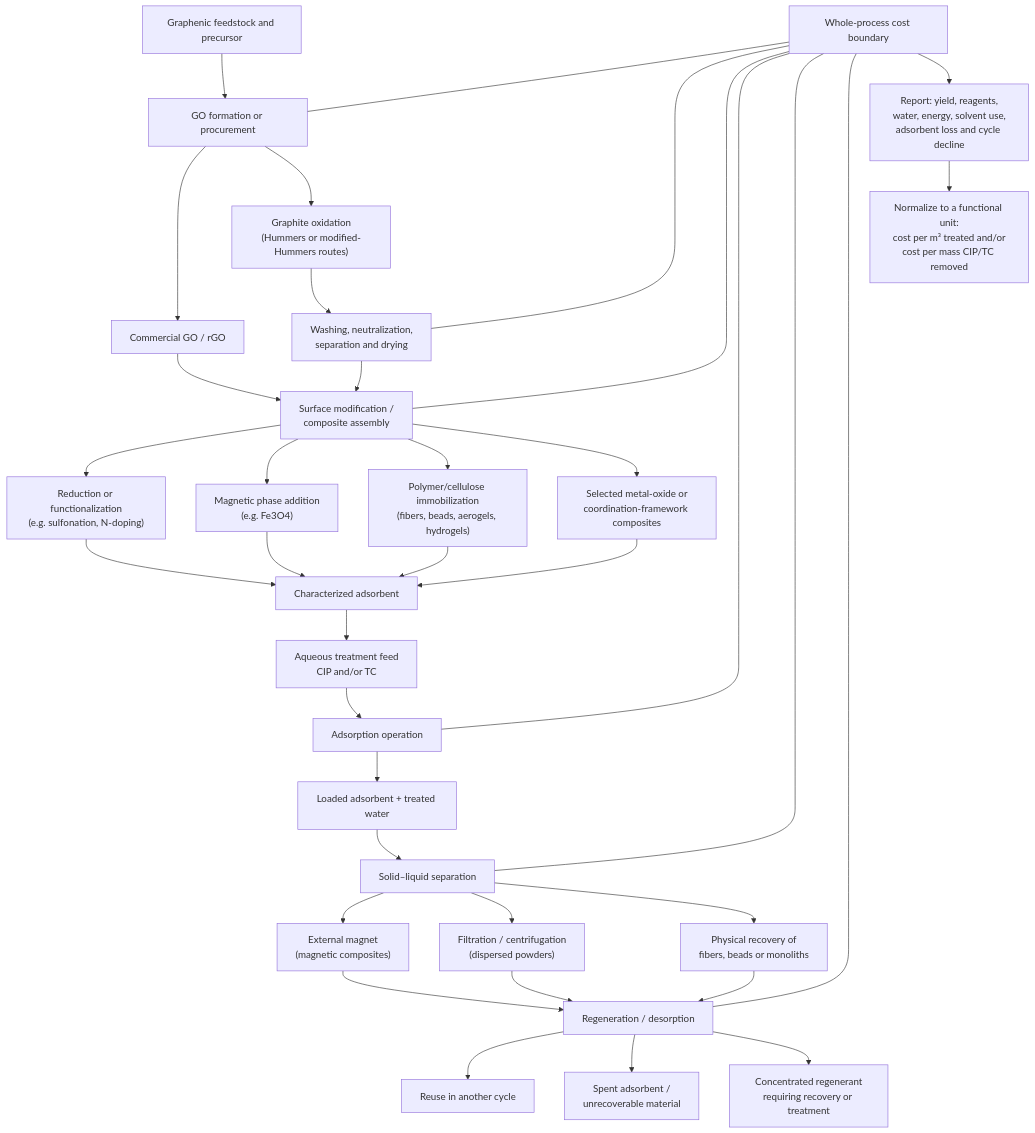
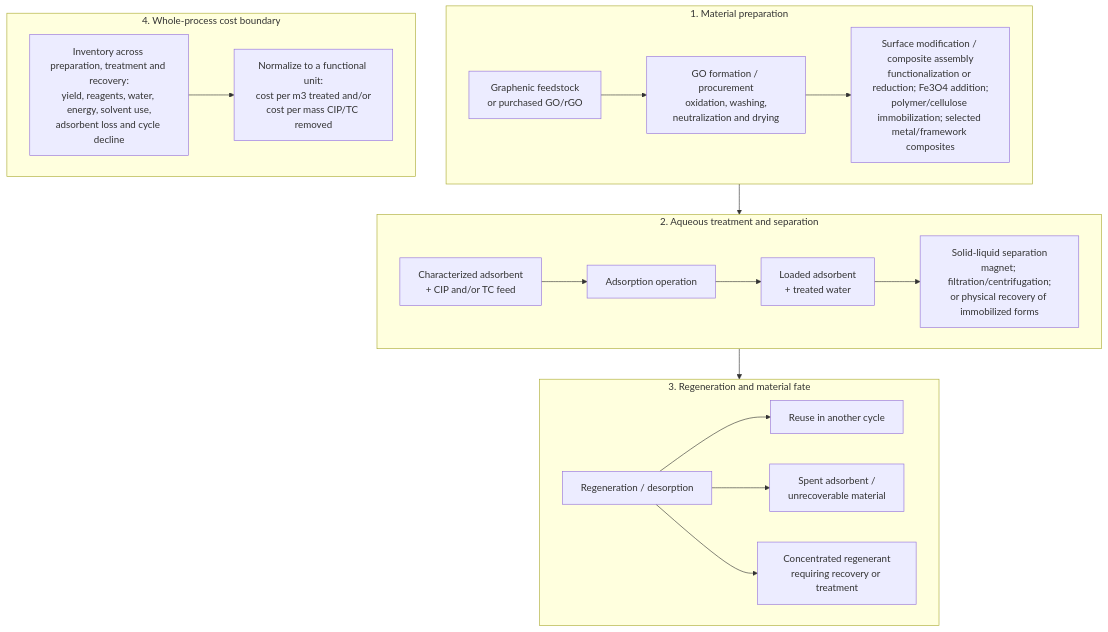
One commit to zaidkhan005/reviewAdsorbants changed the diagram in manuscript/SEMESTER_FIGURE_2_PROCESS_RECOVERY_COST_BOUNDARY_V1.md. Above: the diagram before and after it, drawn with Mermaid.

Commit message:
Redesign process-boundary figure as compact horizontal workflow lanes

````diff
--- a/manuscript/SEMESTER_FIGURE_2_PROCESS_RECOVERY_COST_BOUNDARY_V1.md
+++ b/manuscript/SEMESTER_FIGURE_2_PROCESS_RECOVERY_COST_BOUNDARY_V1.md
@@ -5,43 +5,23 @@
 ```mermaid
 flowchart TB
-    A["Graphenic feedstock and precursor"] --> B["GO formation or procurement"]
-    B --> B1["Commercial GO / rGO"]
-    B --> B2["Graphite oxidation<br/>(Hummers or modified-Hummers routes)"]
-    B2 --> C["Washing, neutralization,<br/>separation and drying"]
-
-    B1 --> D["Surface modification /<br/>composite assembly"]
-    C --> D
-    D --> D1["Reduction or functionalization<br/>(e.g. sulfonation, N-doping)"]
-    D --> D2["Magnetic phase addition<br/>(e.g. Fe3O4)"]
-    D --> D3["Polymer/cellulose immobilization<br/>(fibers, beads, aerogels, hydrogels)"]
-    D --> D4["Selected metal-oxide or<br/>coordination-framework composites"]
-
-    D1 --> E["Characterized adsorbent"]
-    D2 --> E
-    D3 --> E
-    D4 --> E
-
-    E --> F["Aqueous treatment feed<br/>CIP and/or TC"]
-    F --> G["Adsorption operation"]
-    G --> H["Loaded adsorbent + treated water"]
-    H --> I["Solid–liquid separation"]
-    I --> I1["External magnet<br/>(magnetic composites)"]
-    I --> I2["Filtration / centrifugation<br/>(dispersed powders)"]
-    I --> I3["Physical recovery of<br/>fibers, beads or monoliths"]
-
-    I1 --> J["Regeneration / desorption"]
-    I2 --> J
-    I3 --> J
-    J --> J1["Reuse in another cycle"]
-    J --> J2["Spent adsorbent /<br/>unrecoverable material"]
-    J --> J3["Concentrated regenerant<br/>requiring recovery or treatment"]
-
-    K["Whole-process cost boundary"] --- B
-    K --- C
-    K --- D
-    K --- G
-    K --- I
-    K --- J
-    K --> L["Report: yield, reagents,<br/>water, energy, solvent use,<br/>adsorbent loss and cycle decline"]
-    L --> M["Normalize to a functional unit:<br/>cost per m³ treated and/or<br/>cost per mass CIP/TC removed"]
+  subgraph PREP["1. Material preparation"]
+    direction LR
+    A["Graphenic feedstock<br/>or purchased GO/rGO"] --> B["GO formation / procurement<br/>oxidation, washing,<br/>neutralization and drying"] --> C["Surface modification / composite assembly<br/>functionalization or reduction; Fe3O4 addition;<br/>polymer/cellulose immobilization; selected metal/framework composites"]
+  end
+  subgraph TREAT["2. Aqueous treatment and separation"]
+    direction LR
+    D["Characterized adsorbent<br/>+ CIP and/or TC feed"] --> E["Adsorption operation"] --> F["Loaded adsorbent<br/>+ treated water"] --> G["Solid-liquid separation<br/>magnet; filtration/centrifugation;<br/>or physical recovery of immobilized forms"]
+  end
+  subgraph REC["3. Regeneration and material fate"]
+    direction LR
+    H["Regeneration / desorption"] --> I["Reuse in another cycle"]
+    H --> J["Spent adsorbent /<br/>unrecoverable material"]
+    H --> K["Concentrated regenerant<br/>requiring recovery or treatment"]
+  end
+  subgraph COST["4. Whole-process cost boundary"]
+    direction LR
+    L["Inventory across preparation, treatment and recovery:<br/>yield, reagents, water, energy, solvent use,<br/>adsorbent loss and cycle decline"] --> M["Normalize to a functional unit:<br/>cost per m3 treated and/or<br/>cost per mass CIP/TC removed"]
+  end
+  C --> D
+  G --> H
 ```
````
